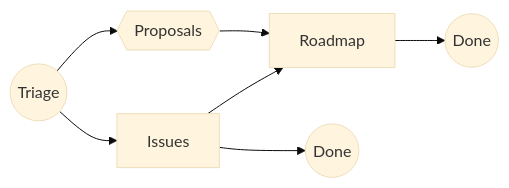
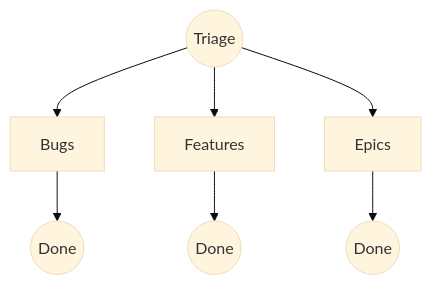
The diagram in profile/README.md (ondafactory/.github), drawn with Mermaid (base theme) before and after one commit. The commit also changed other lines of this file, not shown here.

````diff
--- a/profile/README.md
+++ b/profile/README.md
@@ -31,9 +49,11 @@
 ```mermaid
-flowchart LR
-  triage((Triage)) --> proposals{{Proposals}}
-  proposals --> roadmap[Roadmap]
-  triage --> issues[Issues]
-  issues --> done1((Done))
-  roadmap --> done2((Done))
-  issues --> roadmap
+flowchart TD
+  triage((Triage))
+  triage --> bugs[Bugs]
+  triage --> features[Features]
+  triage --> epics[Epics]
+
+  bugs --> done1((Done))
+  features --> done2((Done))
+  epics --> done3((Done))
 ```
````
